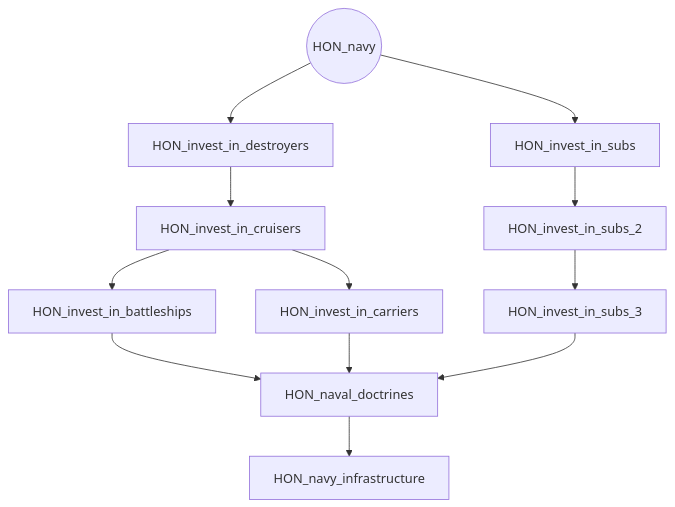
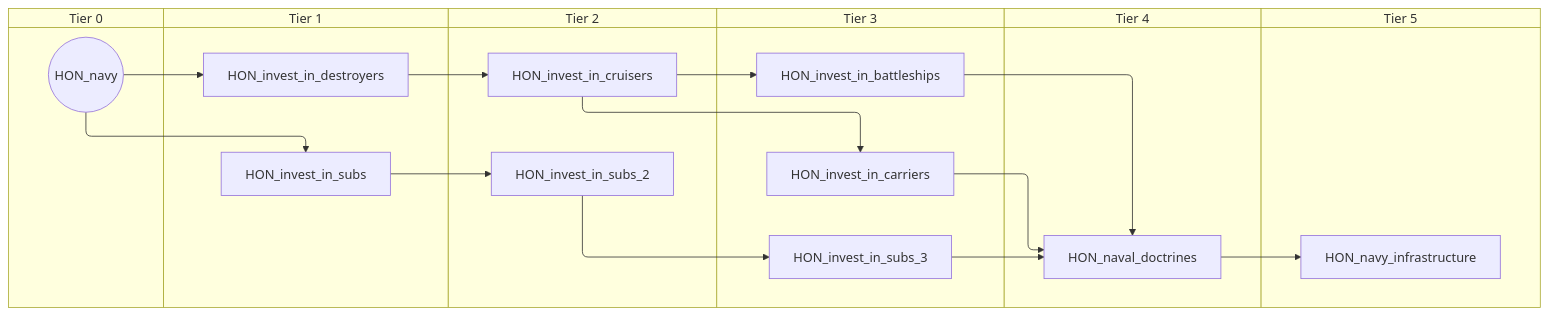
The fifth of 6 diagrams in docs/gdd/National Focuses/honduras.md (evgeny-sobol/hoi4-sandbox-mode-r56), drawn with Mermaid before and after one commit. The commit also changed other lines of this file and 423 other files, not shown here.

First line of the commit message:
Re-export Rt56 focus trees as swimlane diagrams

````diff
--- a/docs/gdd/National Focuses/honduras.md
+++ b/docs/gdd/National Focuses/honduras.md
@@ -144,24 +196,36 @@
 ```mermaid
-flowchart TD
-    n37["HON_invest_in_battleships"]
-    n38["HON_invest_in_carriers"]
-    n39["HON_invest_in_cruisers"]
-    n40["HON_invest_in_destroyers"]
-    n41["HON_invest_in_subs"]
-    n42["HON_invest_in_subs_2"]
-    n43["HON_invest_in_subs_3"]
-    n44["HON_naval_doctrines"]
-    n45(("HON_navy"))
-    n46["HON_navy_infrastructure"]
-    n39 --> n37
-    n39 --> n38
-    n40 --> n39
-    n45 --> n40
-    n45 --> n41
-    n41 --> n42
-    n42 --> n43
-    n37 --> n44
-    n38 --> n44
-    n43 --> n44
-    n44 --> n46
+swimlane-beta TD
+    subgraph tier_0["Tier 0"]
+        n37(("HON_navy"))
+    end
+    subgraph tier_1["Tier 1"]
+        n38["HON_invest_in_destroyers"]
+        n39["HON_invest_in_subs"]
+    end
+    subgraph tier_2["Tier 2"]
+        n40["HON_invest_in_cruisers"]
+        n41["HON_invest_in_subs_2"]
+    end
+    subgraph tier_3["Tier 3"]
+        n42["HON_invest_in_battleships"]
+        n43["HON_invest_in_carriers"]
+        n44["HON_invest_in_subs_3"]
+    end
+    subgraph tier_4["Tier 4"]
+        n45["HON_naval_doctrines"]
+    end
+    subgraph tier_5["Tier 5"]
+        n46["HON_navy_infrastructure"]
+    end
+    n40 --> n42
+    n40 --> n43
+    n38 --> n40
+    n37 --> n38
+    n37 --> n39
+    n39 --> n41
+    n41 --> n44
+    n42 --> n45
+    n43 --> n45
+    n44 --> n45
+    n45 --> n46
 ```
````
